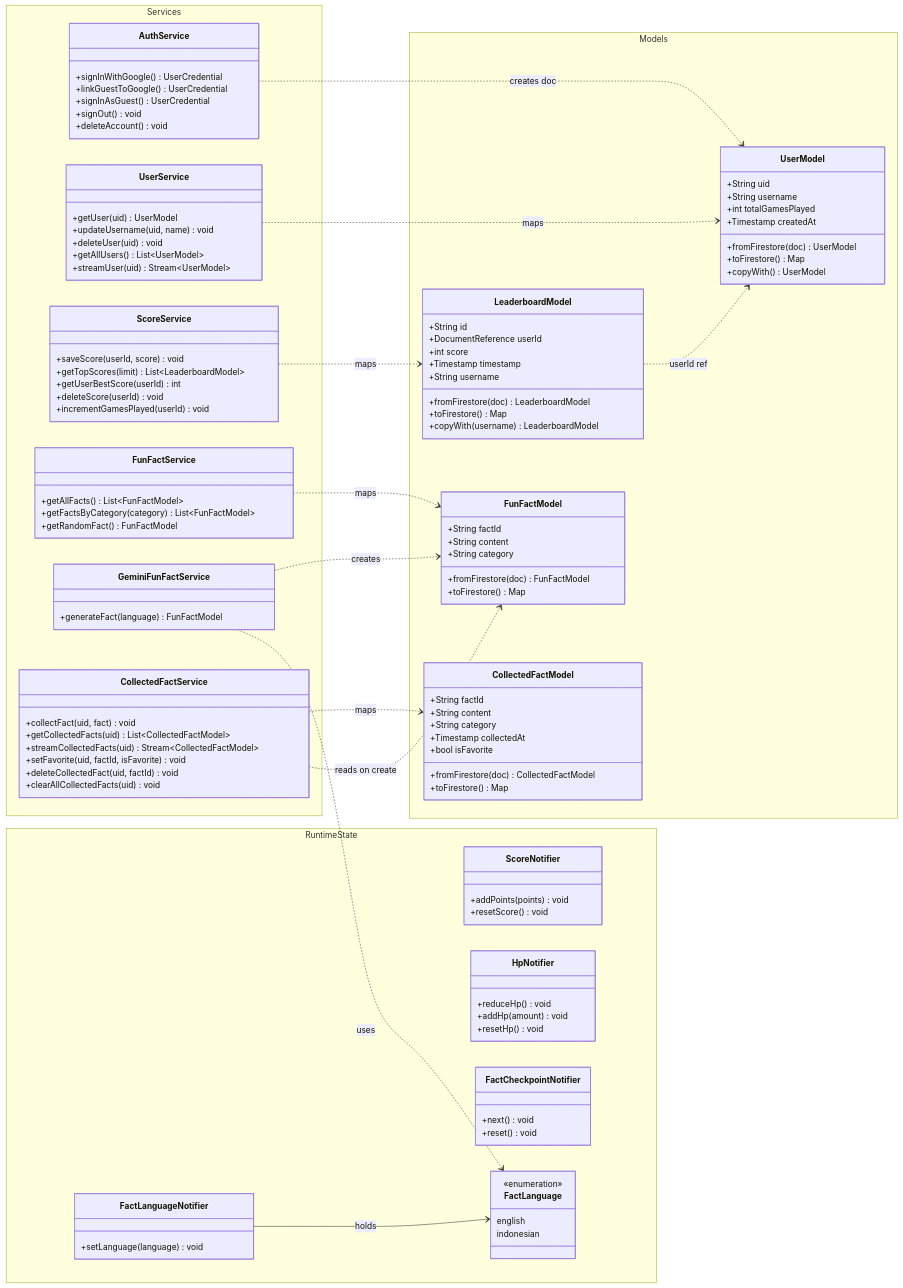
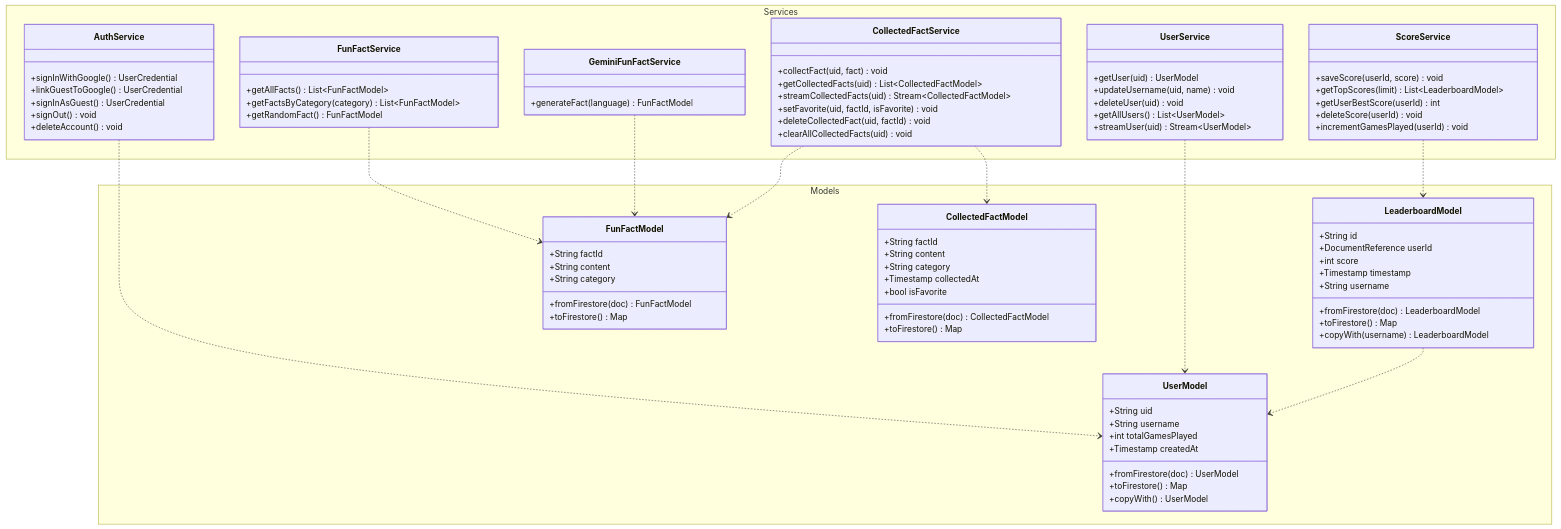
Before and after one commit to Delixx07/JumPedia: the first of 3 diagrams in docs/class_diagram.md, drawn with Mermaid. The commit also changed other lines of this file and 13 other files, not shown here.

````diff
--- a/docs/class_diagram.md
+++ b/docs/class_diagram.md
@@ -24,47 +24,8 @@
 ```mermaid
 classDiagram
-    direction LR
+    direction TB
 
-    %% ═════════ MODELS ═════════
-    namespace Models {
-        class UserModel {
-            +String uid
-            +String username
-            +int totalGamesPlayed
-            +Timestamp createdAt
-            +fromFirestore(doc) UserModel
-            +toFirestore() Map
-            +copyWith() UserModel
-        }
-        class LeaderboardModel {
-            +String id
-            +DocumentReference userId
-            +int score
-            +Timestamp timestamp
-            +String username
-            +fromFirestore(doc) LeaderboardModel
-            +toFirestore() Map
-            +copyWith(username) LeaderboardModel
-        }
-        class FunFactModel {
-            +String factId
-            +String content
-            +String category
-            +fromFirestore(doc) FunFactModel
-            +toFirestore() Map
-        }
-        class CollectedFactModel {
-            +String factId
-            +String content
-            +String category
-            +Timestamp collectedAt
-            +bool isFavorite
-            +fromFirestore(doc) CollectedFactModel
-            +toFirestore() Map
-        }
-    }
-
-    %% ═════════ SERVICES ═════════
+    %% ═════════ SERVICES (atas) ═════════
     namespace Services {
         class AuthService {
             +signInWithGoogle() UserCredential
@@ -105,40 +66,52 @@
         }
     }
 
-    %% ═════════ RUNTIME STATE (Riverpod) ═════════
-    namespace RuntimeState {
-        class ScoreNotifier {
-            +addPoints(points) void
-            +resetScore() void
+    %% ═════════ MODELS (bawah) ═════════
+    namespace Models {
+        class UserModel {
+            +String uid
+            +String username
+            +int totalGamesPlayed
+            +Timestamp createdAt
+            +fromFirestore(doc) UserModel
+            +toFirestore() Map
+            +copyWith() UserModel
         }
-        class HpNotifier {
-            +reduceHp() void
-            +addHp(amount) void
-            +resetHp() void
+        class LeaderboardModel {
+            +String id
+            +DocumentReference userId
+            +int score
+            +Timestamp timestamp
+            +String username
+            +fromFirestore(doc) LeaderboardModel
+            +toFirestore() Map
+            +copyWith(username) LeaderboardModel
         }
-        class FactCheckpointNotifier {
-            +next() void
-            +reset() void
+        class FunFactModel {
+            +String factId
+            +String content
+            +String category
+            +fromFirestore(doc) FunFactModel
+            +toFirestore() Map
         }
-        class FactLanguageNotifier {
-            +setLanguage(language) void
-        }
-        class FactLanguage {
-            <<enumeration>>
-            english
-            indonesian
+        class CollectedFactModel {
+            +String factId
+            +String content
+            +String category
+            +Timestamp collectedAt
+            +bool isFavorite
+            +fromFirestore(doc) CollectedFactModel
+            +toFirestore() Map
         }
     }
 
-    %% ═════════ RELATIONS ═════════
-    UserService ..> UserModel : maps
-    ScoreService ..> LeaderboardModel : maps
-    FunFactService ..> FunFactModel : maps
-    GeminiFunFactService ..> FunFactModel : creates
-    CollectedFactService ..> CollectedFactModel : maps
-    CollectedFactService ..> FunFactModel : reads on create
-    AuthService ..> UserModel : creates doc
-    LeaderboardModel ..> UserModel : userId ref
-    GeminiFunFactService ..> FactLanguage : uses
-    FactLanguageNotifier --> FactLanguage : holds
+    %% ═════════ RELASI Service → Model (turun lurus) ═════════
+    AuthService ..> UserModel
+    UserService ..> UserModel
+    ScoreService ..> LeaderboardModel
+    FunFactService ..> FunFactModel
+    GeminiFunFactService ..> FunFactModel
+    CollectedFactService ..> CollectedFactModel
+    CollectedFactService ..> FunFactModel
+    LeaderboardModel ..> UserModel
 ```
````
